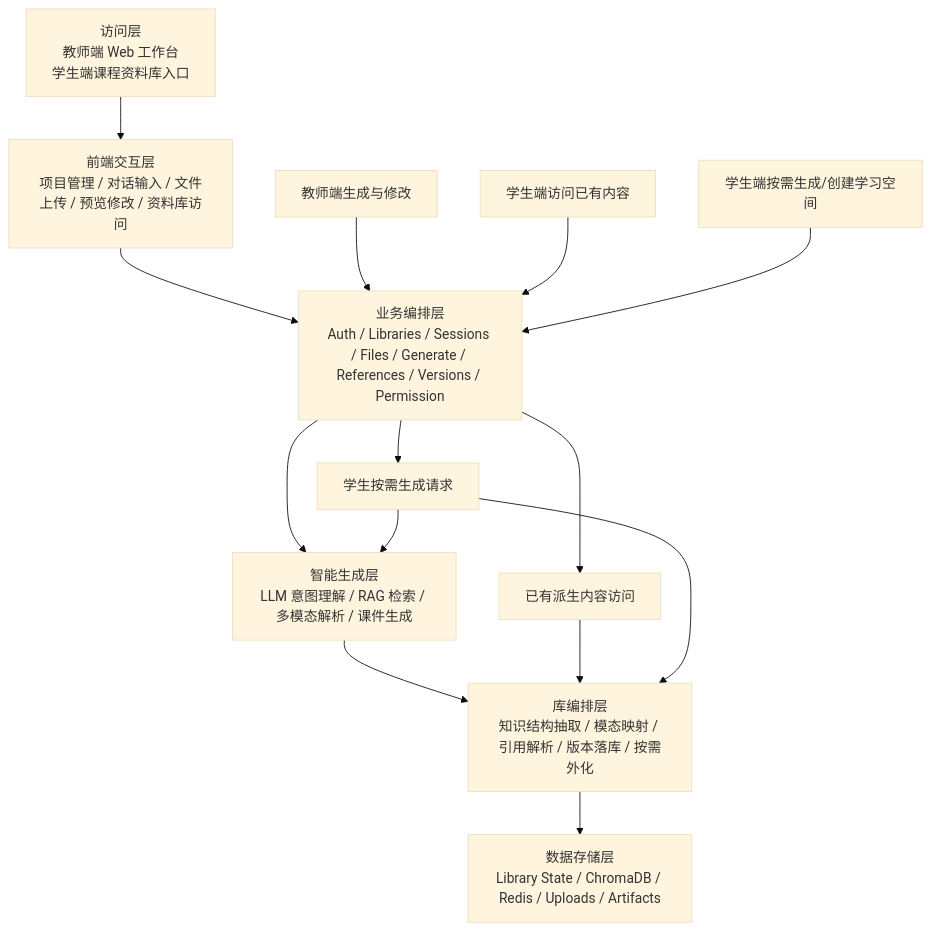
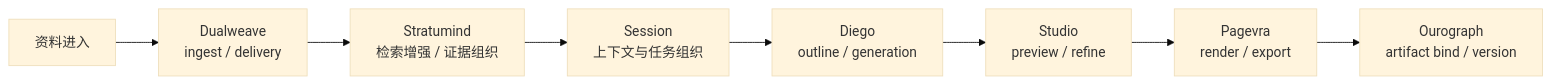
The third of 7 diagrams in docs/competition/04-architecture.md (ln-one/Spectra), drawn with Mermaid (base theme) before and after one commit. The commit also changed other lines of this file and 94 other files, not shown here.

````diff
--- a/docs/competition/04-architecture.md
+++ b/docs/competition/04-architecture.md
@@ -36,19 +179,10 @@
 ```mermaid
-flowchart TD
-    A["访问层<br/>教师端 Web 工作台<br/>学生端课程资料库入口"] --> B["前端交互层<br/>项目管理 / 对话输入 / 文件上传 / 预览修改 / 资料库访问"]
-    B --> C["业务编排层<br/>Auth / Libraries / Sessions / Files / Generate / References / Versions / Permission"]
-    C --> D["智能生成层<br/>LLM 意图理解 / RAG 检索 / 多模态解析 / 课件生成"]
-    D --> E["库编排层<br/>知识结构抽取 / 模态映射 / 引用解析 / 版本落库 / 按需外化"]
-    E --> F["数据存储层<br/>Library State / ChromaDB / Redis / Uploads / Artifacts"]
-
-    G["教师端生成与修改"] --> C
-    H["学生端访问已有内容"] --> C
-    I["学生端按需生成/创建学习空间"] --> C
-
-    C --> J["已有派生内容访问"]
-    J --> E
-
-    C --> K["学生按需生成请求"]
-    K --> D
-    K --> E
+flowchart LR
+    A["资料进入"] --> B["Dualweave<br/>ingest / delivery"]
+    B --> C["Stratumind<br/>检索增强 / 证据组织"]
+    C --> D["Session<br/>上下文与任务组织"]
+    D --> E["Diego<br/>outline / generation"]
+    E --> F["Studio<br/>preview / refine"]
+    F --> G["Pagevra<br/>render / export"]
+    G --> H["Ourograph<br/>artifact bind / version"]
 ```
````
